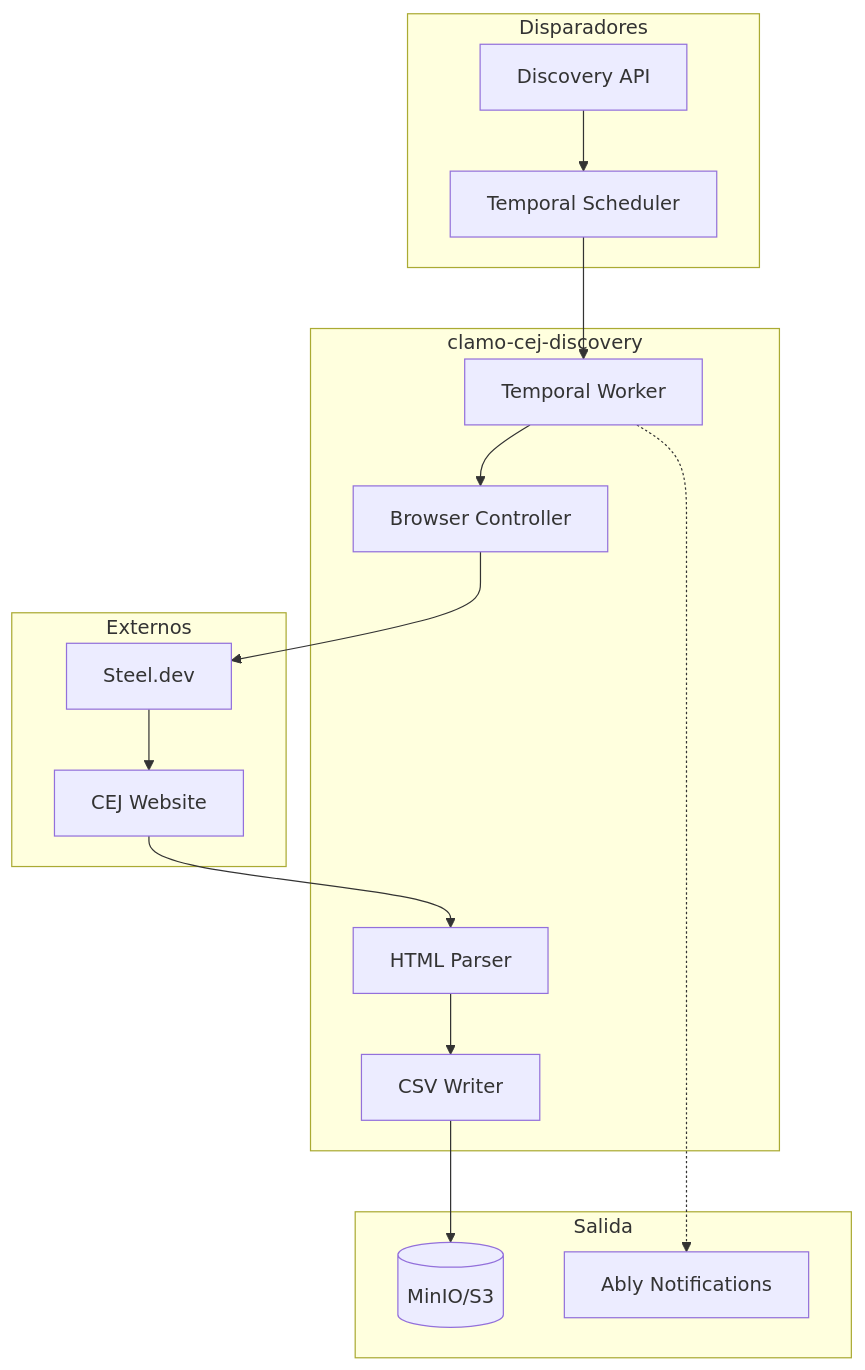
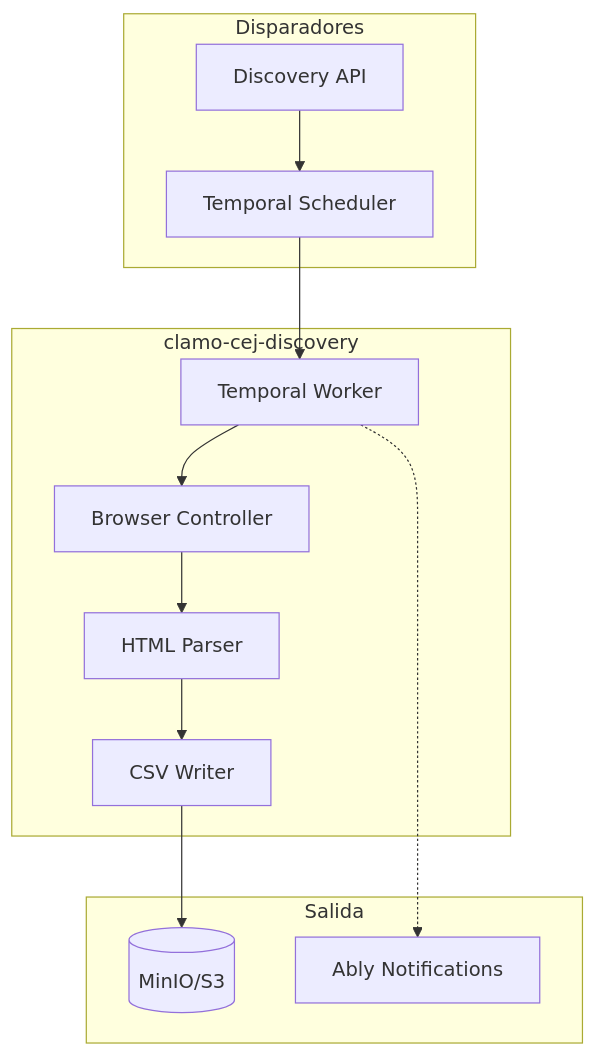
The diagram in es/servicios/clamo-cej-discovery.mdx (GetClamo/docs), drawn with Mermaid before and after one commit. The commit also changed other lines of this file and 93 other files, not shown here.

````diff
--- a/es/servicios/clamo-cej-discovery.mdx
+++ b/es/servicios/clamo-cej-discovery.mdx
@@ -31,34 +29,27 @@
 ```mermaid
 flowchart TB
     subgraph Trigger [Disparadores]
         API[Discovery API]
         Temporal[Temporal Scheduler]
     end
-    
+
     subgraph Discovery [clamo-cej-discovery]
         Worker[Temporal Worker]
         Browser[Browser Controller]
         Parser[HTML Parser]
         CSVWriter[CSV Writer]
     end
-    
-    subgraph External [Externos]
-        Steel[Steel.dev]
-        CEJ[CEJ Website]
-    end
-    
+
     subgraph Output [Salida]
         MinIO[(MinIO/S3)]
         Ably[Ably Notifications]
     end
-    
+
     API --> Temporal
     Temporal --> Worker
     Worker --> Browser
-    Browser --> Steel
-    Steel --> CEJ
-    CEJ --> Parser
+    Browser --> Parser
     Parser --> CSVWriter
     CSVWriter --> MinIO
     Worker -.-> Ably
 ```
````
